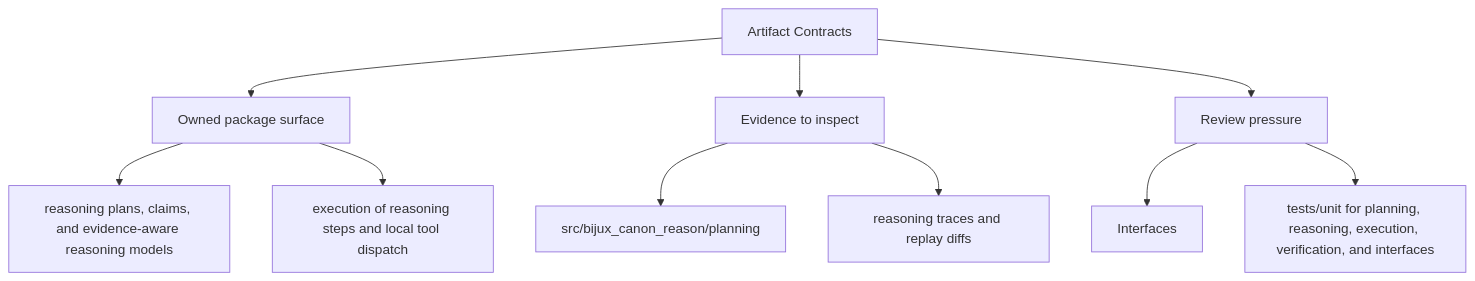
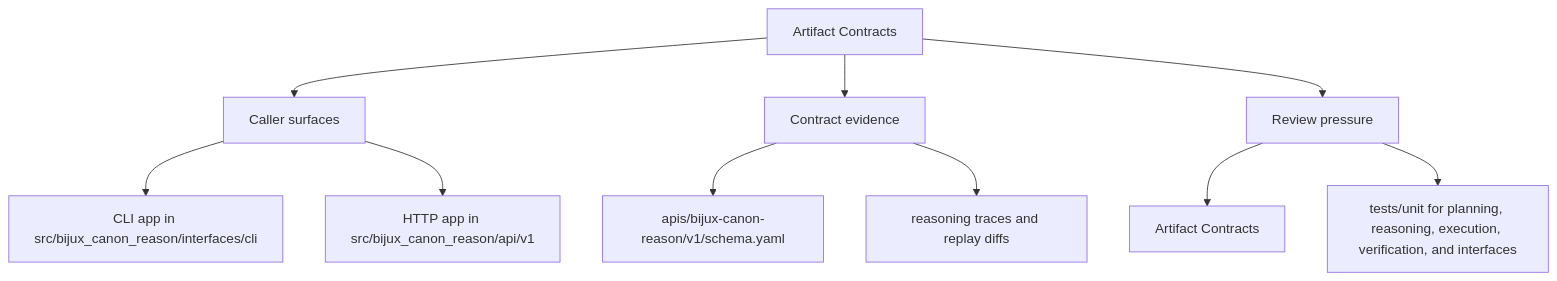
Before and after one commit to bijux/bijux-canon: the second of 2 diagrams in docs/bijux-canon-reason/interfaces/artifact-contracts.md, drawn with Mermaid. The commit also changed other lines of this file and 250 other files, not shown here.

Commit message:
docs(diagrams): make product page maps more readable

````diff
--- a/docs/bijux-canon-reason/interfaces/artifact-contracts.md
+++ b/docs/bijux-canon-reason/interfaces/artifact-contracts.md
@@ -35,22 +35,22 @@
 ```mermaid
 flowchart TD
     page["Artifact Contracts"]
-    focus1["Owned package surface"]
+    focus1["Caller surfaces"]
     page --> focus1
-    focus1_1["reasoning plans, claims, and evidence-aware reasoning models"]
+    focus1_1["CLI app in src/bijux_canon_reason/interfaces/cli"]
     focus1 --> focus1_1
-    focus1_2["execution of reasoning steps and local tool dispatch"]
+    focus1_2["HTTP app in src/bijux_canon_reason/api/v1"]
     focus1 --> focus1_2
-    focus2["Evidence to inspect"]
+    focus2["Contract evidence"]
     page --> focus2
-    focus2_1["src/bijux_canon_reason/planning"]
+    focus2_1["apis/bijux-canon-reason/v1/schema.yaml"]
     focus2 --> focus2_1
     focus2_2["reasoning traces and replay diffs"]
     focus2 --> focus2_2
     focus3["Review pressure"]
     page --> focus3
-    focus3_1["Interfaces"]
+    focus3_1["Artifact Contracts"]
     focus3 --> focus3_1
     focus3_2["tests/unit for planning, reasoning, execution, verification, and interfaces"]
     focus3 --> focus3_2
 ```
````
